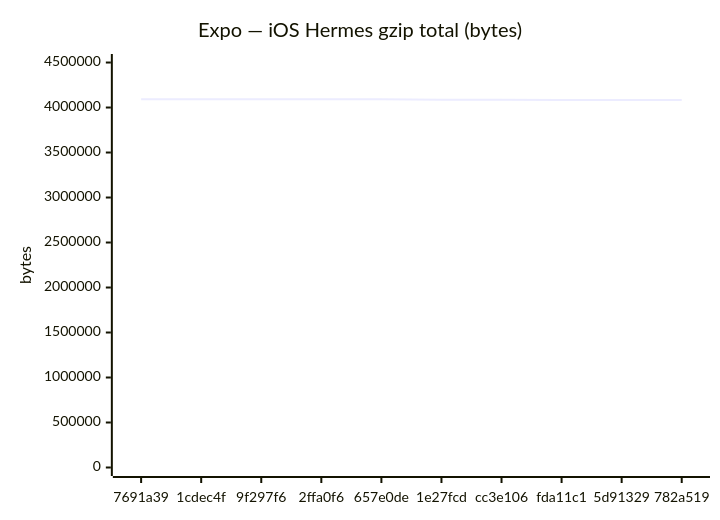
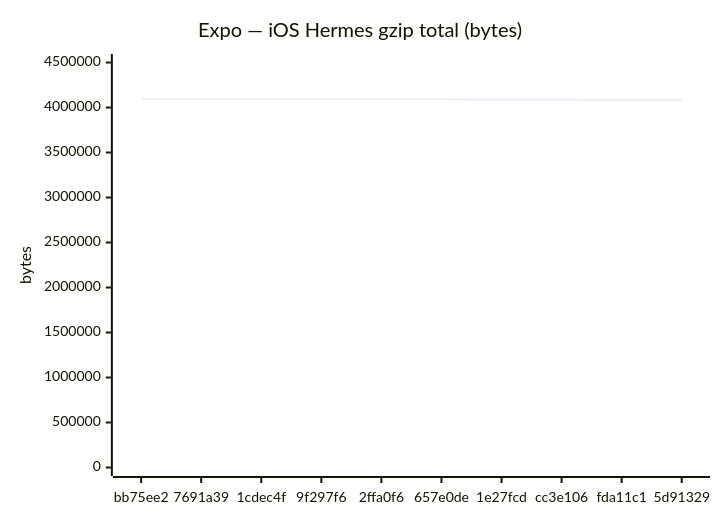
One commit to Metaheurist/Rianell changed the sixth of 18 diagrams in benchmarks/compare.md. Above: the diagram before and after it, drawn with Mermaid. The commit also changed other lines of this file and 11 other files, not shown here.

````diff
--- a/benchmarks/compare.md
+++ b/benchmarks/compare.md
@@ -96,7 +96,7 @@
 ```mermaid
 xychart-beta
     title "Expo — iOS Hermes gzip total (bytes)"
-    x-axis ["7691a39", "1cdec4f", "9f297f6", "2ffa0f6", "657e0de", "1e27fcd", "cc3e106", "fda11c1", "5d91329", "782a519"]
+    x-axis ["bb75ee2", "7691a39", "1cdec4f", "9f297f6", "2ffa0f6", "657e0de", "1e27fcd", "cc3e106", "fda11c1", "5d91329"]
     y-axis "bytes" 0 --> 4500248
-    line [4091134, 4091052, 4091052, 4091051, 4090884, 4087417, 4087412, 4084812, 4084805, 4084677]
+    line [4090855, 4091134, 4091052, 4091052, 4091051, 4090884, 4087417, 4087412, 4084812, 4084805]
 ```
````
